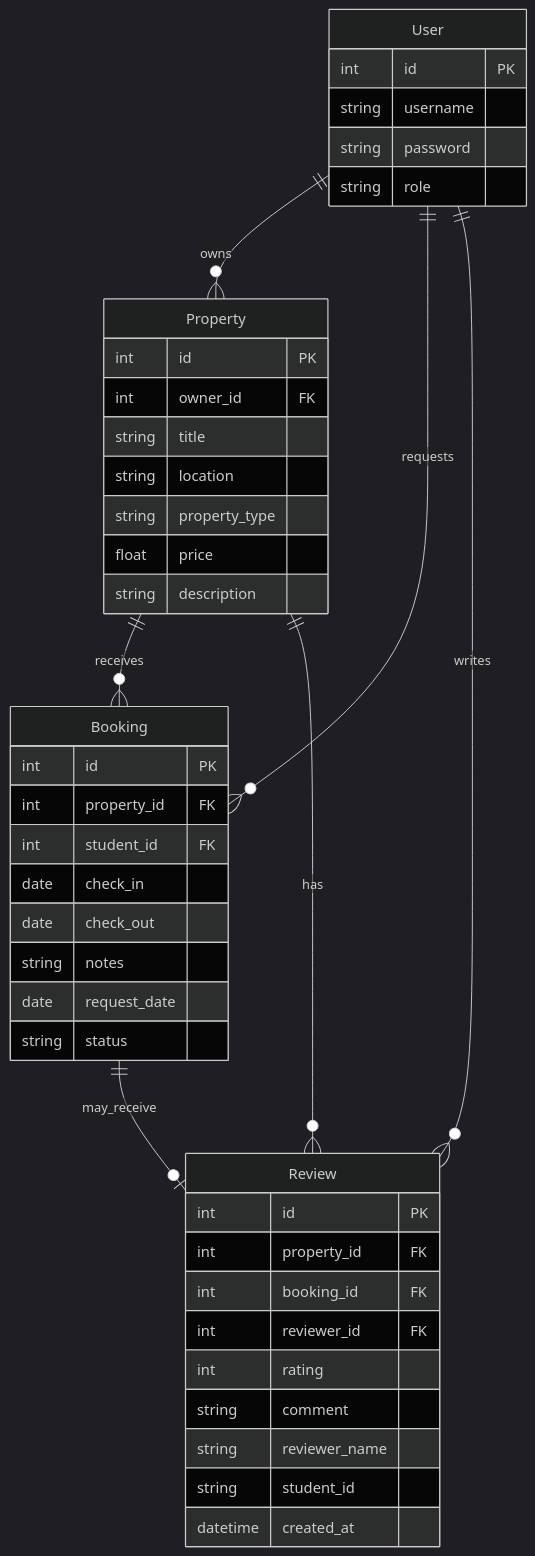
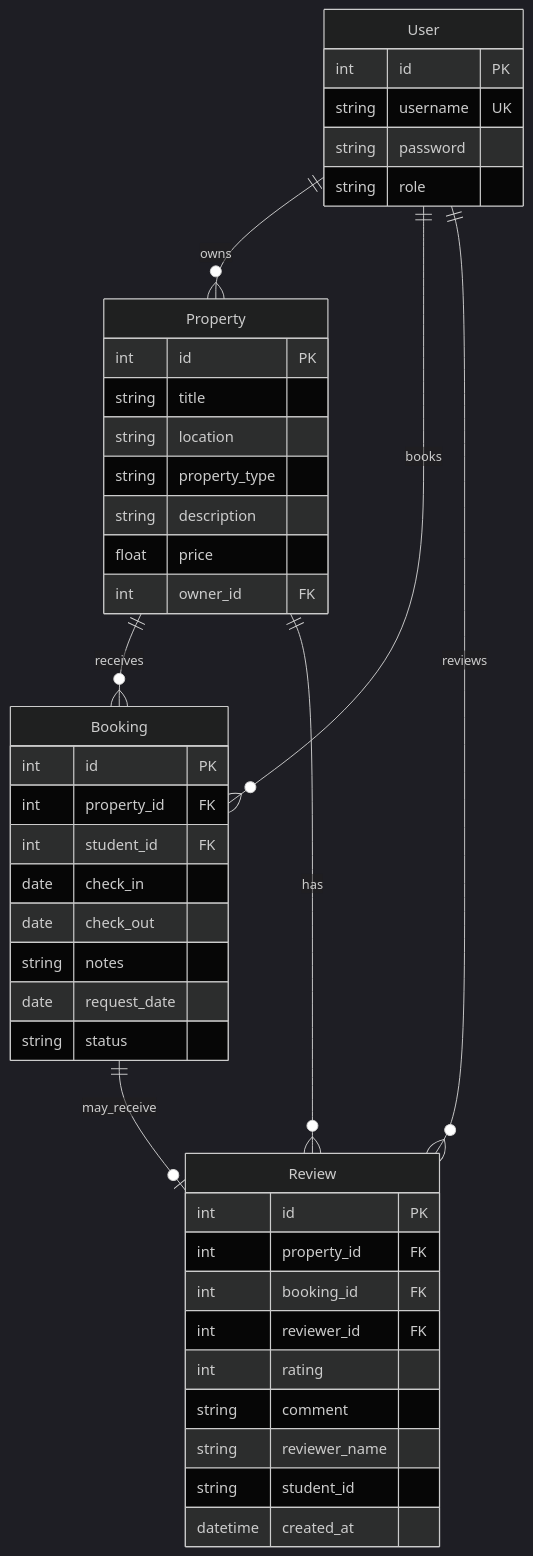
The diagram in docs/report.md (priya-oudai/comp3613a1), drawn with Mermaid (dark theme) before and after one commit. The commit also changed other lines of this file and 1 other file, not shown here.

````diff
--- a/docs/report.md
+++ b/docs/report.md
@@ -35,49 +63,49 @@
 ```mermaid
 erDiagram
   User ||--o{ Property : owns
-  User ||--o{ Booking : requests
+  User ||--o{ Booking : books
   Property ||--o{ Booking : receives
   Property ||--o{ Review : has
-  User ||--o{ Review : writes
+  User ||--o{ Review : reviews
   Booking ||--o| Review : may_receive
 
   User {
     int id PK
-    string username
+    string username UK
     string password
     string role
   }
 
   Property {
     int id PK
-    int owner_id FK
     string title
     string location
     string property_type
+    string description
     float price
-    string description
+    int owner_id FK
   }
 
   Booking {
     int id PK
     int property_id FK
     int student_id FK
     date check_in
     date check_out
     string notes
     date request_date
     string status
   }
 
   Review {
     int id PK
     int property_id FK
     int booking_id FK
     int reviewer_id FK
     int rating
     string comment
     string reviewer_name
     string student_id
     datetime created_at
   }
 ```
````
